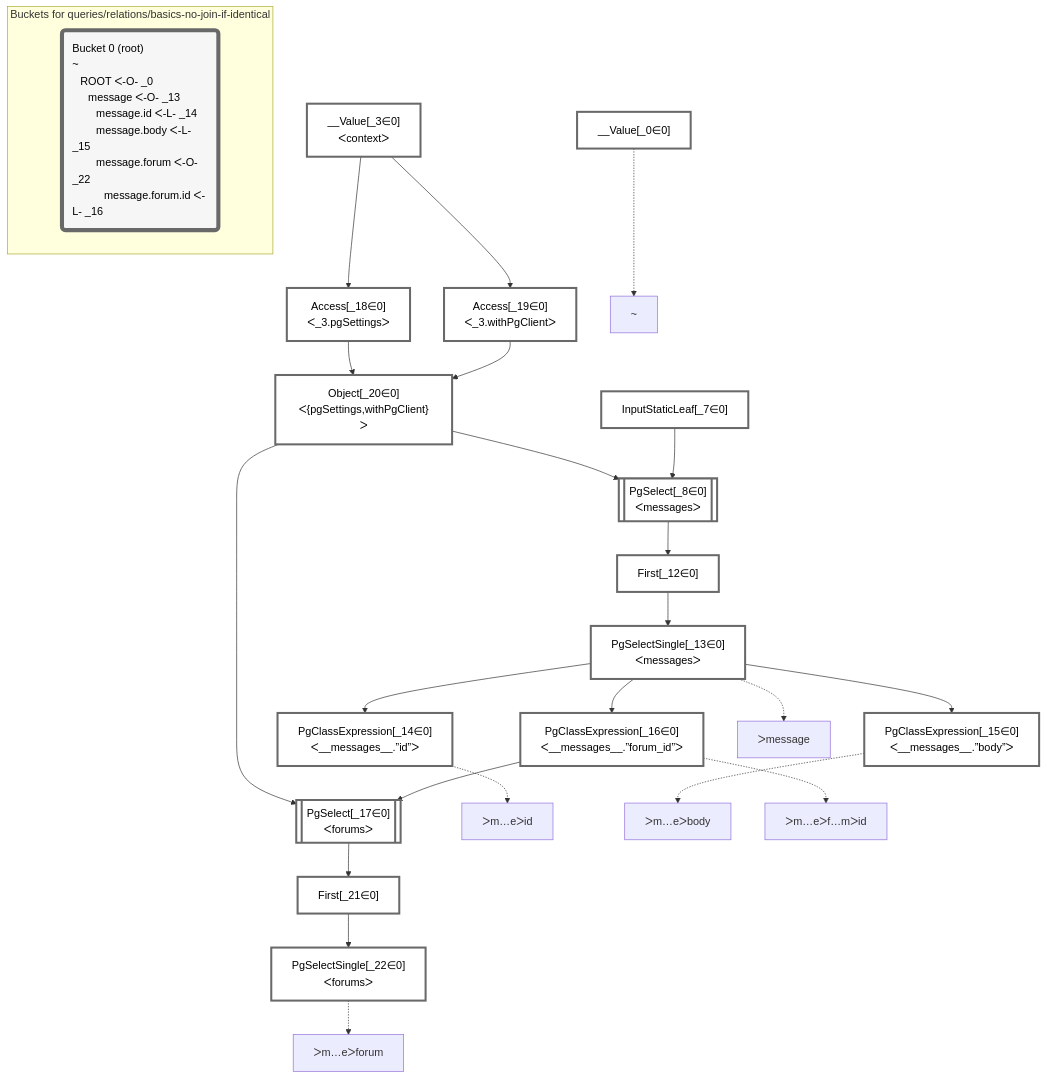
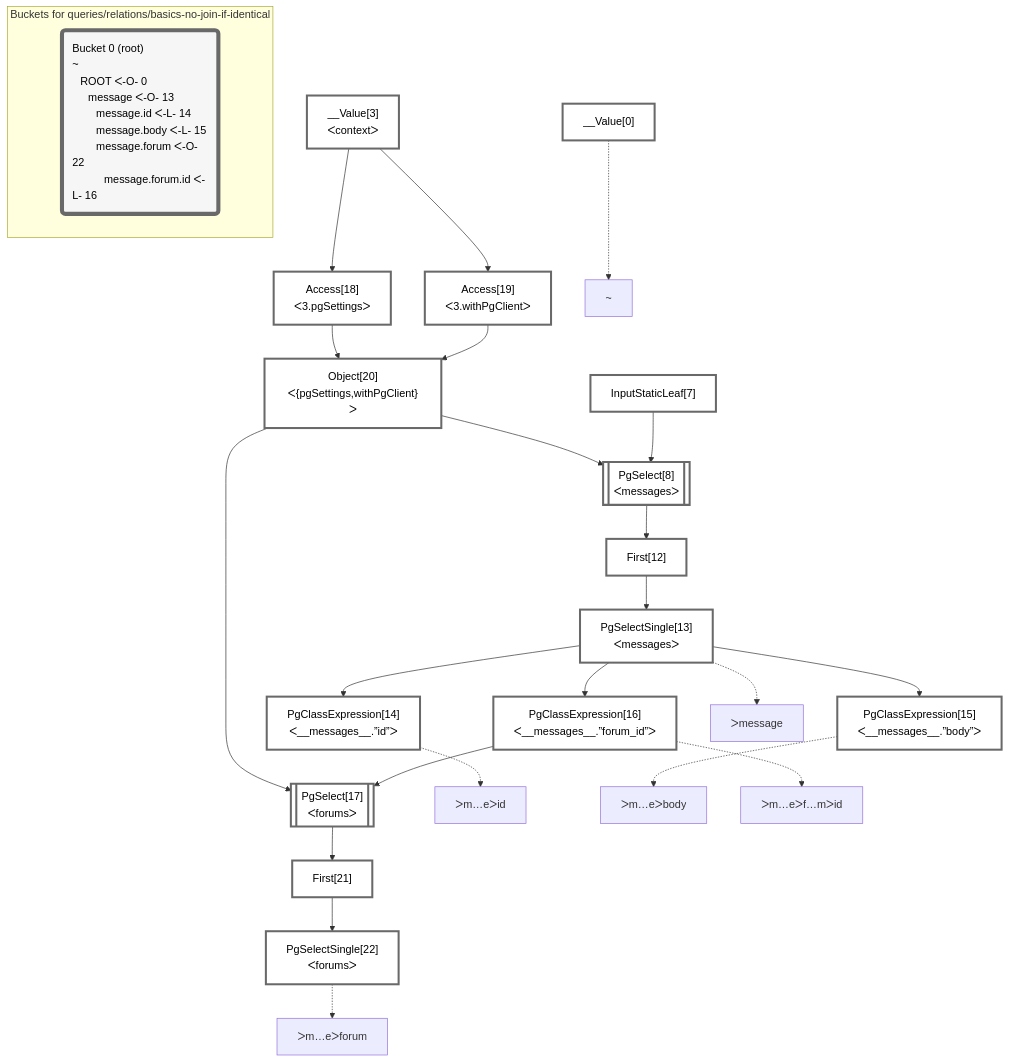
The diagram in packages/dataplan-pg/__tests__/queries/relations/basics-no-join-if-identical.deopt.mermaid.md (graphile/crystal), drawn with Mermaid before and after one commit. The commit also changed 195 other files, not shown here.

````diff
--- a/packages/dataplan-pg/__tests__/queries/relations/basics-no-join-if-identical.deopt.mermaid.md
+++ b/packages/dataplan-pg/__tests__/queries/relations/basics-no-join-if-identical.deopt.mermaid.md
@@ -1,60 +1,60 @@
 ```mermaid
 graph TD
     classDef path fill:#eee,stroke:#000,color:#000
     classDef plan fill:#fff,stroke-width:3px,color:#000
     classDef itemplan fill:#fff,stroke-width:6px,color:#000
     classDef sideeffectplan fill:#f00,stroke-width:6px,color:#000
     classDef bucket fill:#f6f6f6,color:#000,stroke-width:6px,text-align:left
 
 
     %% define plans
-    __Value_0["__Value[_0∈0]"]:::plan
-    PgClassExpression_14["PgClassExpression[_14∈0]<br />ᐸ__messages__.”id”ᐳ"]:::plan
-    PgClassExpression_15["PgClassExpression[_15∈0]<br />ᐸ__messages__.”body”ᐳ"]:::plan
-    PgSelectSingle_22["PgSelectSingle[_22∈0]<br />ᐸforumsᐳ"]:::plan
-    First_21["First[_21∈0]"]:::plan
-    PgSelect_17[["PgSelect[_17∈0]<br />ᐸforumsᐳ"]]:::plan
-    PgClassExpression_16["PgClassExpression[_16∈0]<br />ᐸ__messages__.”forum_id”ᐳ"]:::plan
-    PgSelectSingle_13["PgSelectSingle[_13∈0]<br />ᐸmessagesᐳ"]:::plan
-    First_12["First[_12∈0]"]:::plan
-    PgSelect_8[["PgSelect[_8∈0]<br />ᐸmessagesᐳ"]]:::plan
-    Object_20["Object[_20∈0]<br />ᐸ{pgSettings,withPgClient}ᐳ"]:::plan
-    Access_18["Access[_18∈0]<br />ᐸ_3.pgSettingsᐳ"]:::plan
-    Access_19["Access[_19∈0]<br />ᐸ_3.withPgClientᐳ"]:::plan
-    __Value_3["__Value[_3∈0]<br />ᐸcontextᐳ"]:::plan
-    InputStaticLeaf_7["InputStaticLeaf[_7∈0]"]:::plan
+    __Value0["__Value[0]"]:::plan
+    PgClassExpression14["PgClassExpression[14]<br />ᐸ__messages__.”id”ᐳ"]:::plan
+    PgClassExpression15["PgClassExpression[15]<br />ᐸ__messages__.”body”ᐳ"]:::plan
+    PgSelectSingle22["PgSelectSingle[22]<br />ᐸforumsᐳ"]:::plan
+    First21["First[21]"]:::plan
+    PgSelect17[["PgSelect[17]<br />ᐸforumsᐳ"]]:::plan
+    PgClassExpression16["PgClassExpression[16]<br />ᐸ__messages__.”forum_id”ᐳ"]:::plan
+    PgSelectSingle13["PgSelectSingle[13]<br />ᐸmessagesᐳ"]:::plan
+    First12["First[12]"]:::plan
+    PgSelect8[["PgSelect[8]<br />ᐸmessagesᐳ"]]:::plan
+    Object20["Object[20]<br />ᐸ{pgSettings,withPgClient}ᐳ"]:::plan
+    Access18["Access[18]<br />ᐸ3.pgSettingsᐳ"]:::plan
+    Access19["Access[19]<br />ᐸ3.withPgClientᐳ"]:::plan
+    __Value3["__Value[3]<br />ᐸcontextᐳ"]:::plan
+    InputStaticLeaf7["InputStaticLeaf[7]"]:::plan
 
     %% plan dependencies
-    PgSelectSingle_13 --> PgClassExpression_14
-    PgSelectSingle_13 --> PgClassExpression_15
-    First_21 --> PgSelectSingle_22
-    PgSelect_17 --> First_21
-    Object_20 & PgClassExpression_16 --> PgSelect_17
-    PgSelectSingle_13 --> PgClassExpression_16
-    First_12 --> PgSelectSingle_13
-    PgSelect_8 --> First_12
-    Object_20 & InputStaticLeaf_7 --> PgSelect_8
-    Access_18 & Access_19 --> Object_20
-    __Value_3 --> Access_18
-    __Value_3 --> Access_19
+    PgSelectSingle13 --> PgClassExpression14
+    PgSelectSingle13 --> PgClassExpression15
+    First21 --> PgSelectSingle22
+    PgSelect17 --> First21
+    Object20 & PgClassExpression16 --> PgSelect17
+    PgSelectSingle13 --> PgClassExpression16
+    First12 --> PgSelectSingle13
+    PgSelect8 --> First12
+    Object20 & InputStaticLeaf7 --> PgSelect8
+    Access18 & Access19 --> Object20
+    __Value3 --> Access18
+    __Value3 --> Access19
 
     %% plan-to-path relationships
-    P_0["~"]
-    __Value_0 -.-> P_0
-    P_13["ᐳmessage"]
-    PgSelectSingle_13 -.-> P_13
-    P_14["ᐳm…eᐳid"]
-    PgClassExpression_14 -.-> P_14
-    P_15["ᐳm…eᐳbody"]
-    PgClassExpression_15 -.-> P_15
-    P_16["ᐳm…eᐳf…mᐳid"]
-    PgClassExpression_16 -.-> P_16
-    P_22["ᐳm…eᐳforum"]
-    PgSelectSingle_22 -.-> P_22
+    P0["~"]
+    __Value0 -.-> P0
+    P13["ᐳmessage"]
+    PgSelectSingle13 -.-> P13
+    P14["ᐳm…eᐳid"]
+    PgClassExpression14 -.-> P14
+    P15["ᐳm…eᐳbody"]
+    PgClassExpression15 -.-> P15
+    P16["ᐳm…eᐳf…mᐳid"]
+    PgClassExpression16 -.-> P16
+    P22["ᐳm…eᐳforum"]
+    PgSelectSingle22 -.-> P22
 
     subgraph "Buckets for queries/relations/basics-no-join-if-identical"
-    Bucket0("Bucket 0 (root)<br />~<br />⠀ROOT ᐸ-O- _0<br />⠀⠀message ᐸ-O- _13<br />⠀⠀⠀message.id ᐸ-L- _14<br />⠀⠀⠀message.body ᐸ-L- _15<br />⠀⠀⠀message.forum ᐸ-O- _22<br />⠀⠀⠀⠀message.forum.id ᐸ-L- _16"):::bucket
+    Bucket0("Bucket 0 (root)<br />~<br />⠀ROOT ᐸ-O- 0<br />⠀⠀message ᐸ-O- 13<br />⠀⠀⠀message.id ᐸ-L- 14<br />⠀⠀⠀message.body ᐸ-L- 15<br />⠀⠀⠀message.forum ᐸ-O- 22<br />⠀⠀⠀⠀message.forum.id ᐸ-L- 16"):::bucket
     classDef bucket0 stroke:#696969
-    class Bucket0,__Value_0,__Value_3,InputStaticLeaf_7,PgSelect_8,First_12,PgSelectSingle_13,PgClassExpression_14,PgClassExpression_15,PgClassExpression_16,PgSelect_17,Access_18,Access_19,Object_20,First_21,PgSelectSingle_22 bucket0
+    class Bucket0,__Value0,__Value3,InputStaticLeaf7,PgSelect8,First12,PgSelectSingle13,PgClassExpression14,PgClassExpression15,PgClassExpression16,PgSelect17,Access18,Access19,Object20,First21,PgSelectSingle22 bucket0
     end
 ```
````
